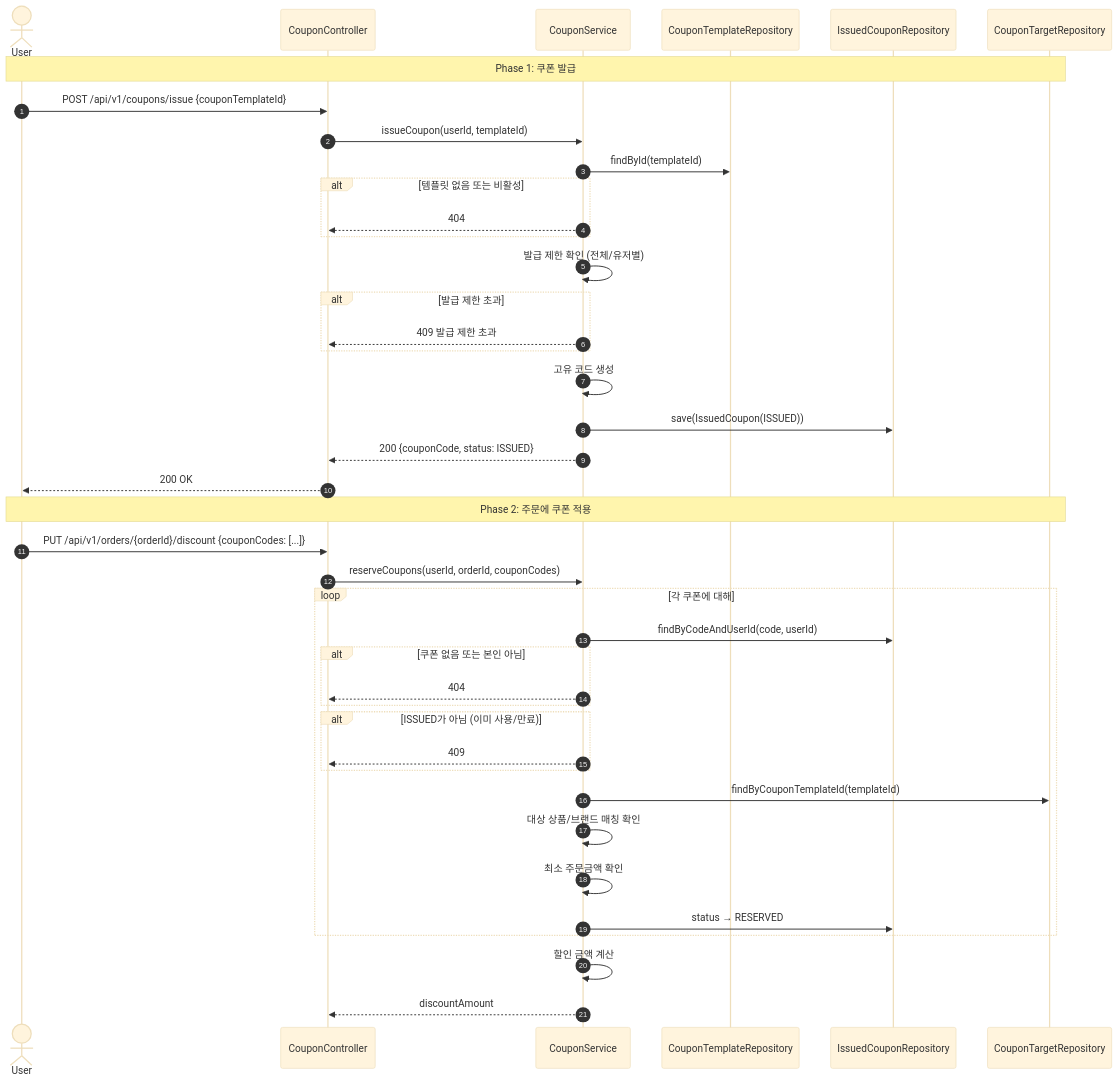
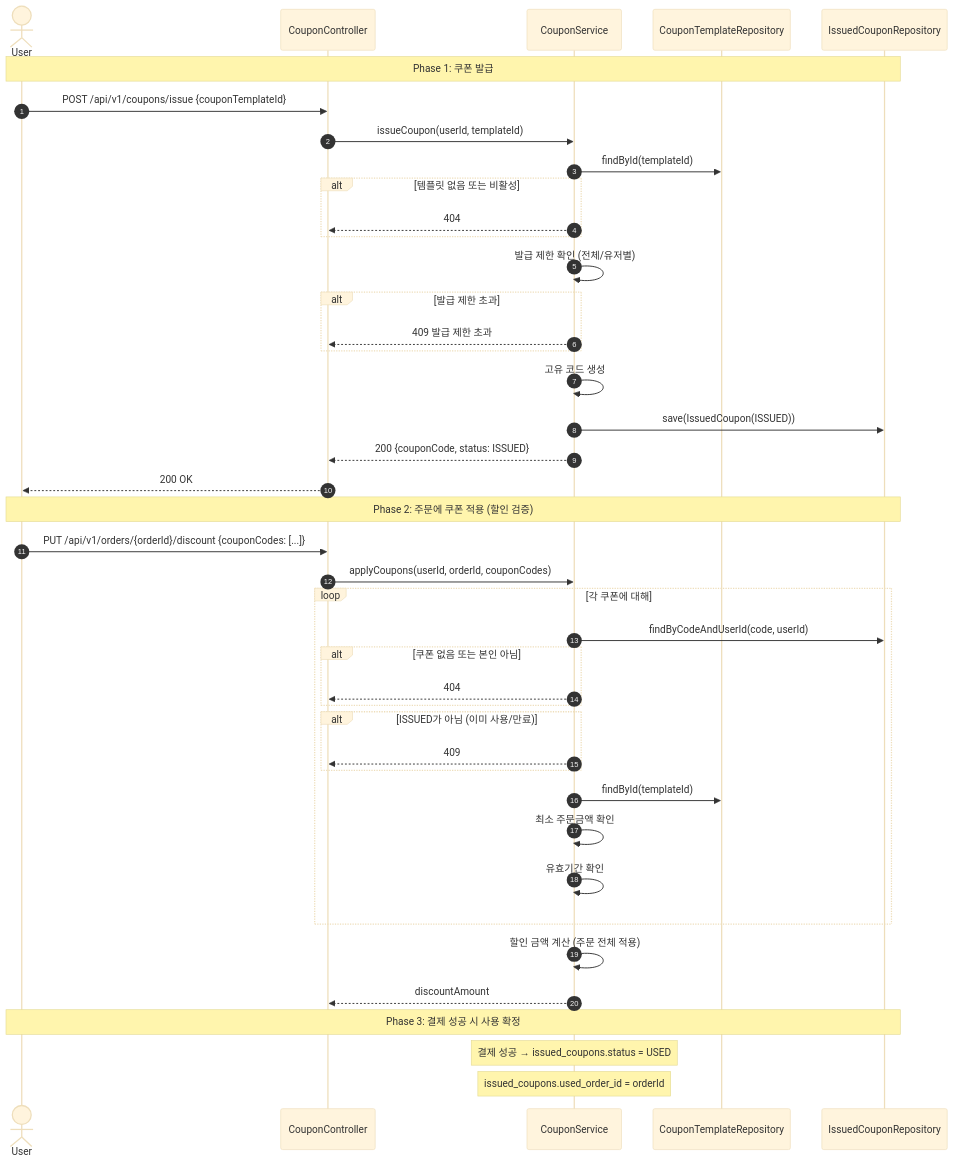
Before and after one commit to Loopers-dev-lab/loop-pack-be-l2-vol3-java: the eighth of 9 diagrams in .docs/design/02-sequence-diagrams.md, drawn with Mermaid (base theme). The commit also changed other lines of this file and 4 other files, not shown here.

Commit message:
docs: 핵심 도메인 설계 문서 작성 (요구사항, 시퀀스, 클래스, ERD)

````diff
--- a/.docs/design/02-sequence-diagrams.md
+++ b/.docs/design/02-sequence-diagrams.md
@@ -405,54 +391,56 @@
 ```mermaid
 sequenceDiagram
   autonumber
   actor User
   participant Controller as CouponController
   participant CouponSvc as CouponService
   participant TemplateRepo as CouponTemplateRepository
   participant IssuedRepo as IssuedCouponRepository
-  participant TargetRepo as CouponTargetRepository
 
-  Note over User, TargetRepo: Phase 1: 쿠폰 발급
+  Note over User, IssuedRepo: Phase 1: 쿠폰 발급
 
   User->>Controller: POST /api/v1/coupons/issue {couponTemplateId}
   Controller->>CouponSvc: issueCoupon(userId, templateId)
 
   CouponSvc->>TemplateRepo: findById(templateId)
   alt 템플릿 없음 또는 비활성
     CouponSvc-->>Controller: 404
   end
 
   CouponSvc->>CouponSvc: 발급 제한 확인 (전체/유저별)
   alt 발급 제한 초과
     CouponSvc-->>Controller: 409 발급 제한 초과
   end
 
   CouponSvc->>CouponSvc: 고유 코드 생성
   CouponSvc->>IssuedRepo: save(IssuedCoupon(ISSUED))
   CouponSvc-->>Controller: 200 {couponCode, status: ISSUED}
   Controller-->>User: 200 OK
 
-  Note over User, TargetRepo: Phase 2: 주문에 쿠폰 적용
+  Note over User, IssuedRepo: Phase 2: 주문에 쿠폰 적용 (할인 검증)
 
   User->>Controller: PUT /api/v1/orders/{orderId}/discount {couponCodes: [...]}
-  Controller->>CouponSvc: reserveCoupons(userId, orderId, couponCodes)
+  Controller->>CouponSvc: applyCoupons(userId, orderId, couponCodes)
 
   loop 각 쿠폰에 대해
     CouponSvc->>IssuedRepo: findByCodeAndUserId(code, userId)
     alt 쿠폰 없음 또는 본인 아님
       CouponSvc-->>Controller: 404
     end
     alt ISSUED가 아님 (이미 사용/만료)
       CouponSvc-->>Controller: 409
     end
 
-    CouponSvc->>TargetRepo: findByCouponTemplateId(templateId)
-    CouponSvc->>CouponSvc: 대상 상품/브랜드 매칭 확인
+    CouponSvc->>TemplateRepo: findById(templateId)
     CouponSvc->>CouponSvc: 최소 주문금액 확인
-
-    CouponSvc->>IssuedRepo: status → RESERVED
+    CouponSvc->>CouponSvc: 유효기간 확인
   end
 
-  CouponSvc->>CouponSvc: 할인 금액 계산
+  CouponSvc->>CouponSvc: 할인 금액 계산 (주문 전체 적용)
   CouponSvc-->>Controller: discountAmount
+
+  Note over User, IssuedRepo: Phase 3: 결제 성공 시 사용 확정
+
+  Note over CouponSvc: 결제 성공 → issued_coupons.status = USED
+  Note over CouponSvc: issued_coupons.used_order_id = orderId
 ```
````
